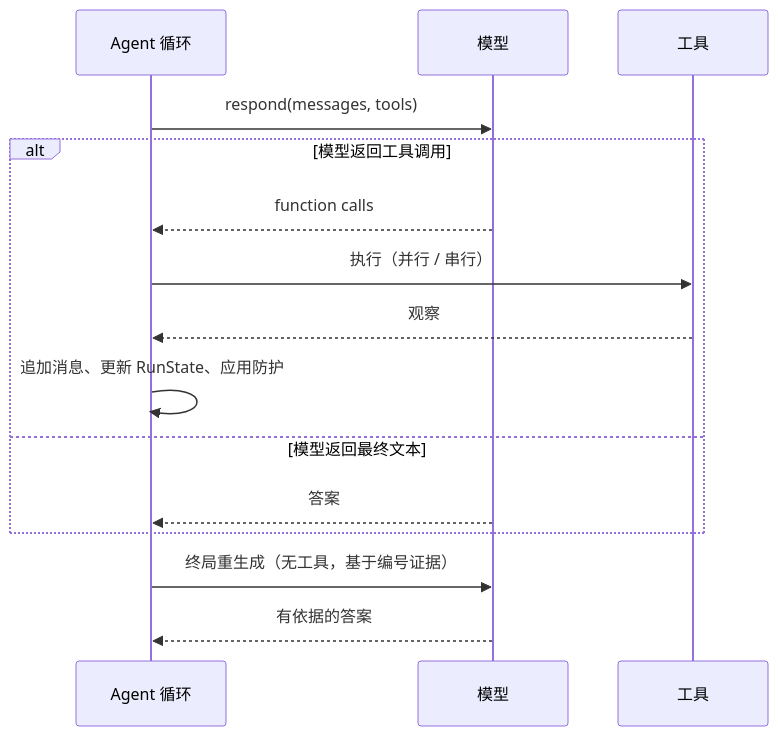
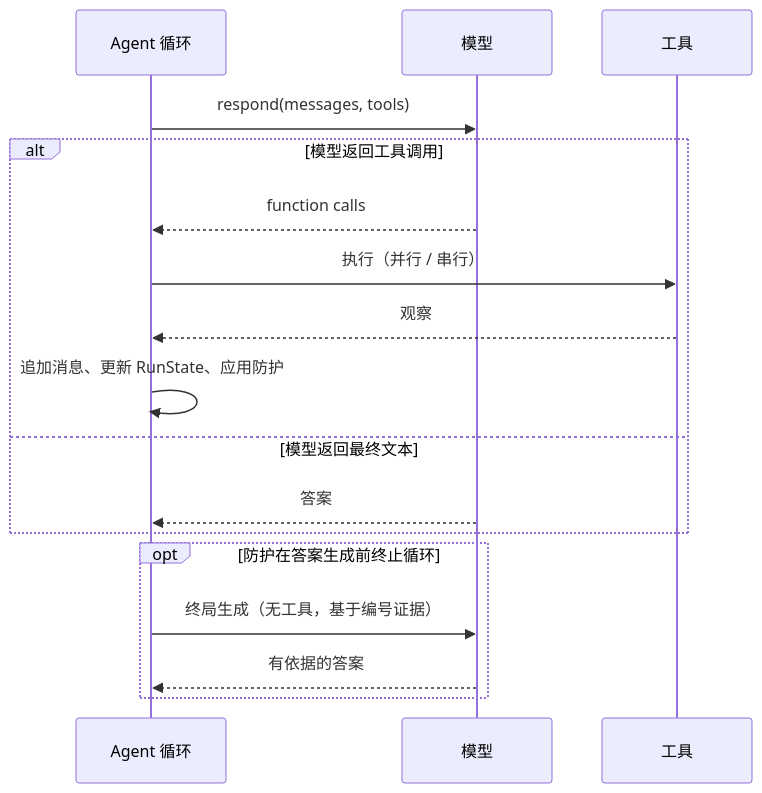
One commit to xinzipanghuang/thin-harness changed the first of 3 diagrams in README.zh-CN.md. Above: the diagram before and after it, drawn with Mermaid. The commit also changed other lines of this file and 7 other files, not shown here.

````diff
--- a/README.zh-CN.md
+++ b/README.zh-CN.md
@@ -71,17 +71,19 @@
 ```mermaid
 sequenceDiagram
     participant L as Agent 循环
     participant M as 模型
     participant T as 工具
     L->>M: respond(messages, tools)
     alt 模型返回工具调用
         M-->>L: function calls
         L->>T: 执行（并行 / 串行）
         T-->>L: 观察
         L->>L: 追加消息、更新 RunState、应用防护
     else 模型返回最终文本
         M-->>L: 答案
     end
-    L->>M: 终局重生成（无工具，基于编号证据）
-    M-->>L: 有依据的答案
+    opt 防护在答案生成前终止循环
+        L->>M: 终局生成（无工具，基于编号证据）
+        M-->>L: 有依据的答案
+    end
 ```
````
